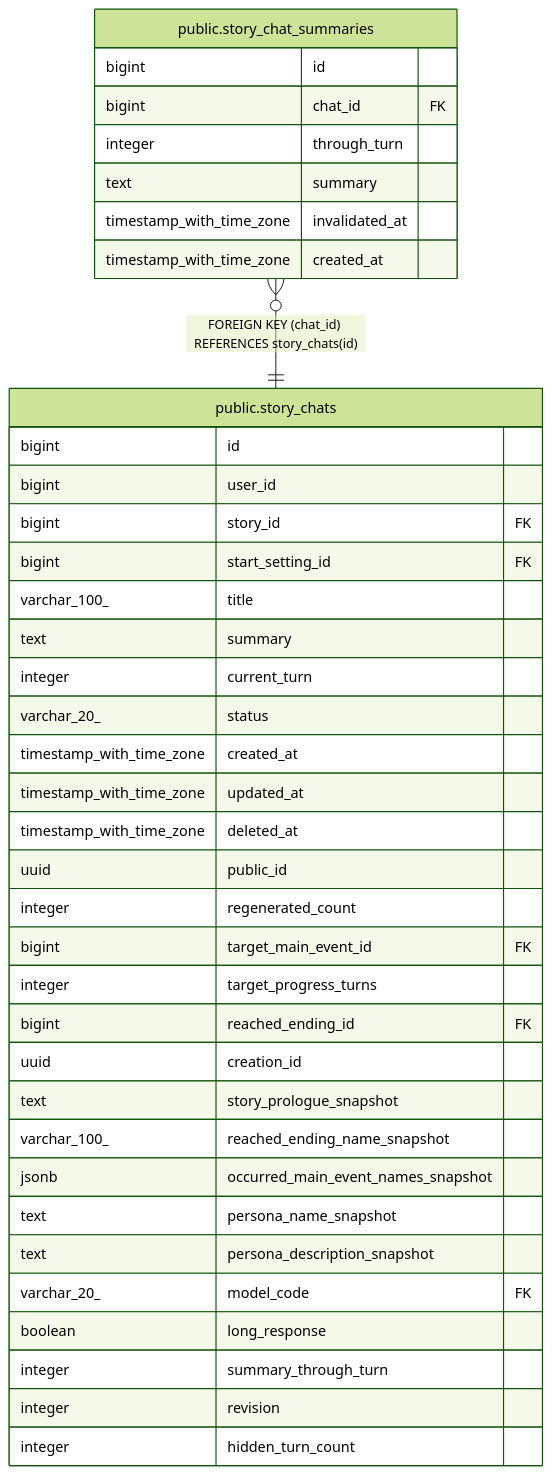
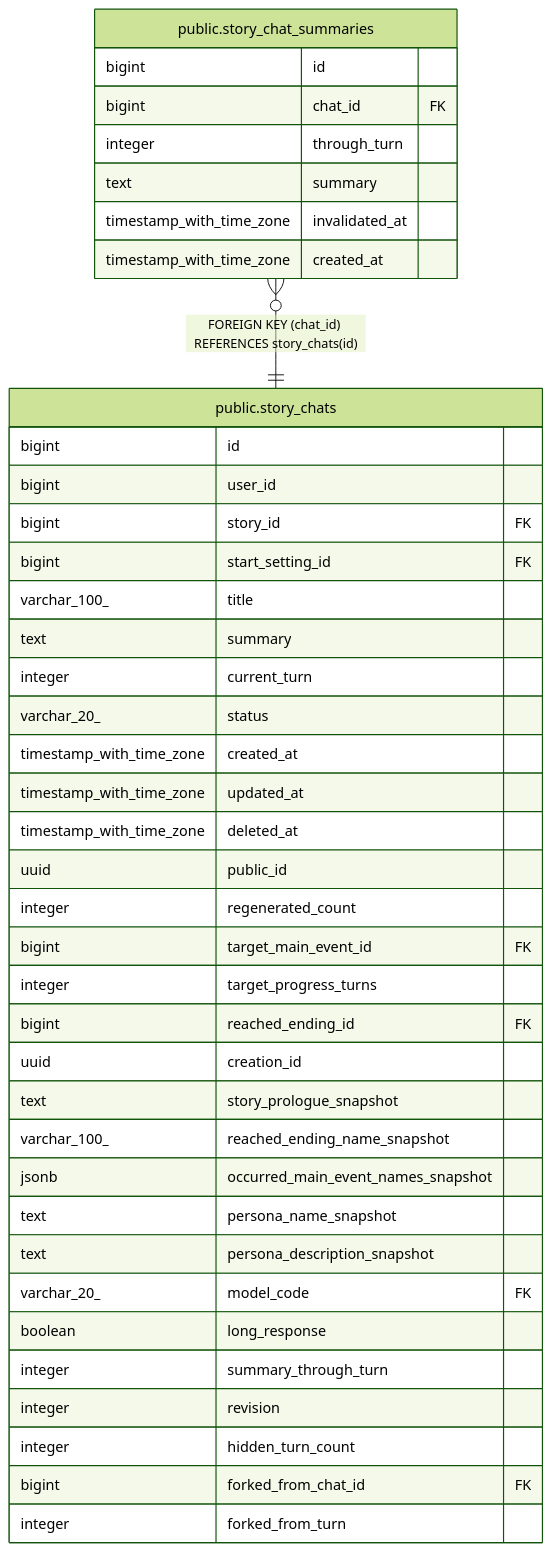
Before and after one commit to KIM-N-KANG/manyak-server: the diagram in dbdoc/public.story_chat_summaries.md, drawn with Mermaid (forest theme). The commit also changed 31 other files, not shown here.

````diff
--- a/dbdoc/public.story_chat_summaries.md
+++ b/dbdoc/public.story_chat_summaries.md
@@ -32,43 +32,45 @@
 ```mermaid
 erDiagram
 
 "public.story_chat_summaries" }o--|| "public.story_chats" : "FOREIGN KEY (chat_id) REFERENCES story_chats(id)"
 
 "public.story_chat_summaries" {
   bigint id
   bigint chat_id FK
   integer through_turn
   text summary
   timestamp_with_time_zone invalidated_at
   timestamp_with_time_zone created_at
 }
 "public.story_chats" {
   bigint id
   bigint user_id
   bigint story_id FK
   bigint start_setting_id FK
   varchar_100_ title
   text summary
   integer current_turn
   varchar_20_ status
   timestamp_with_time_zone created_at
   timestamp_with_time_zone updated_at
   timestamp_with_time_zone deleted_at
   uuid public_id
   integer regenerated_count
   bigint target_main_event_id FK
   integer target_progress_turns
   bigint reached_ending_id FK
   uuid creation_id
   text story_prologue_snapshot
   varchar_100_ reached_ending_name_snapshot
   jsonb occurred_main_event_names_snapshot
   text persona_name_snapshot
   text persona_description_snapshot
   varchar_20_ model_code FK
   boolean long_response
   integer summary_through_turn
   integer revision
   integer hidden_turn_count
+  bigint forked_from_chat_id FK
+  integer forked_from_turn
 }
 ```
````
